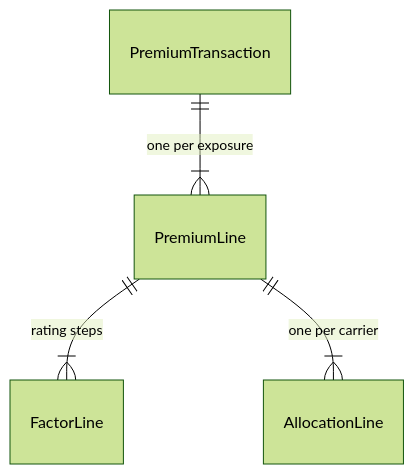
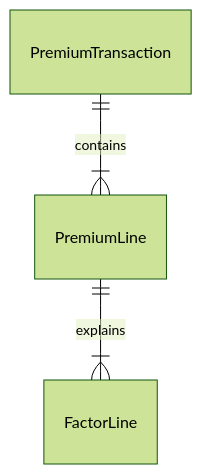
One commit to fitterhappier28/Insurance-platform changed the second of 2 diagrams in specs/product/data-model.md. Above: the diagram before and after it, drawn with Mermaid (forest theme). The commit also changed other lines of this file and 58 other files, not shown here.

Commit message:
simplified the flow, reviewed -> updated docs, specs

````diff
--- a/specs/product/data-model.md
+++ b/specs/product/data-model.md
@@ -98,6 +45,5 @@
 ```mermaid
 erDiagram
-  PremiumTransaction ||--|{ PremiumLine : "one per exposure"
-  PremiumLine ||--|{ FactorLine : "rating steps"
-  PremiumLine ||--|{ AllocationLine : "one per carrier"
+  PremiumTransaction ||--|{ PremiumLine : contains
+  PremiumLine ||--|{ FactorLine : explains
 ```
````
